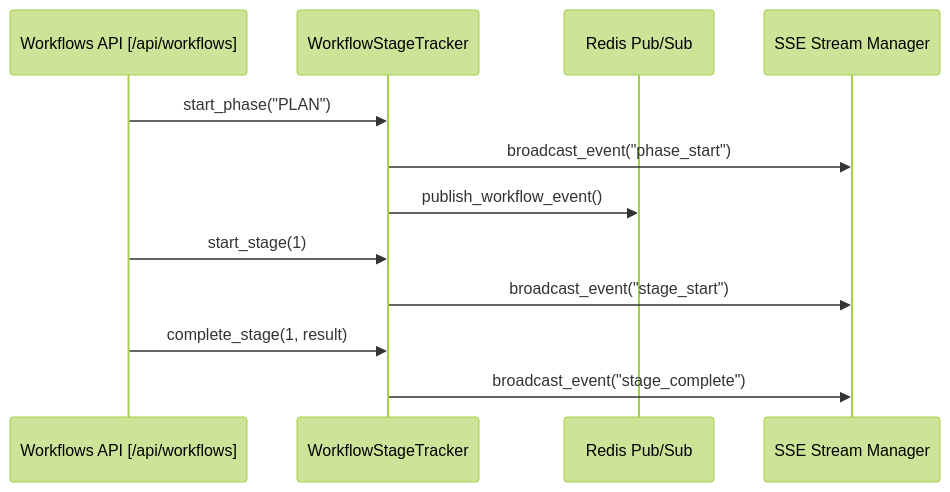
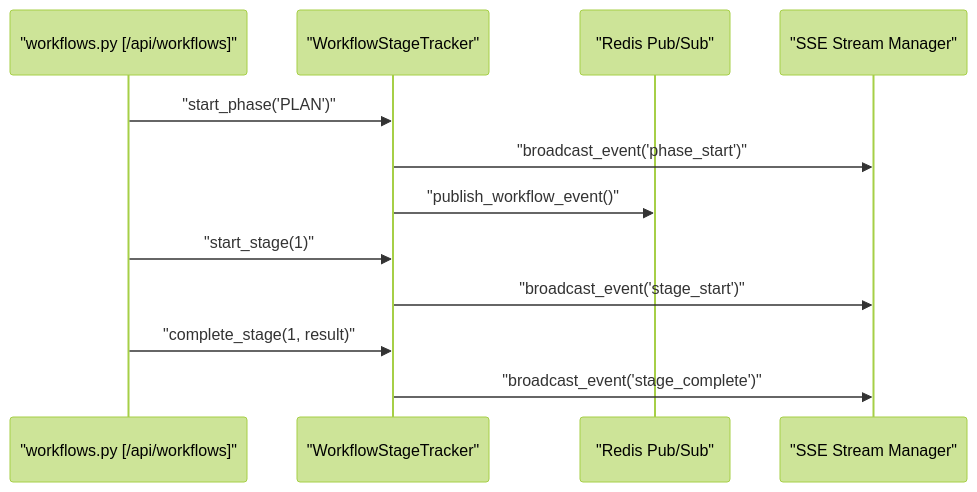
One commit to AutomatosAI/automatos-ai changed the second of 3 diagrams in docs/workflows-recipes/workflow-api-reference.md. Above: the diagram before and after it, drawn with Mermaid (forest theme). The commit also changed other lines of this file and 191 other files, not shown here.

````diff
--- a/docs/workflows-recipes/workflow-api-reference.md
+++ b/docs/workflows-recipes/workflow-api-reference.md
@@ -158,15 +170,15 @@
 ```mermaid
 sequenceDiagram
-    participant API as Workflows API [/api/workflows]
-    participant Tracker as WorkflowStageTracker
-    participant Redis as Redis Pub/Sub
-    participant SSE as SSE Stream Manager
+    participant API as "workflows.py [/api/workflows]"
+    participant Tracker as "WorkflowStageTracker"
+    participant Redis as "Redis Pub/Sub"
+    participant SSE as "SSE Stream Manager"
     
-    API->>Tracker: start_phase("PLAN")
-    Tracker->>SSE: broadcast_event("phase_start")
-    Tracker->>Redis: publish_workflow_event()
-    API->>Tracker: start_stage(1)
-    Tracker->>SSE: broadcast_event("stage_start")
-    API->>Tracker: complete_stage(1, result)
-    Tracker->>SSE: broadcast_event("stage_complete")
+    API->>Tracker: "start_phase('PLAN')"
+    Tracker->>SSE: "broadcast_event('phase_start')"
+    Tracker->>Redis: "publish_workflow_event()"
+    API->>Tracker: "start_stage(1)"
+    Tracker->>SSE: "broadcast_event('stage_start')"
+    API->>Tracker: "complete_stage(1, result)"
+    Tracker->>SSE: "broadcast_event('stage_complete')"
 ```
````
